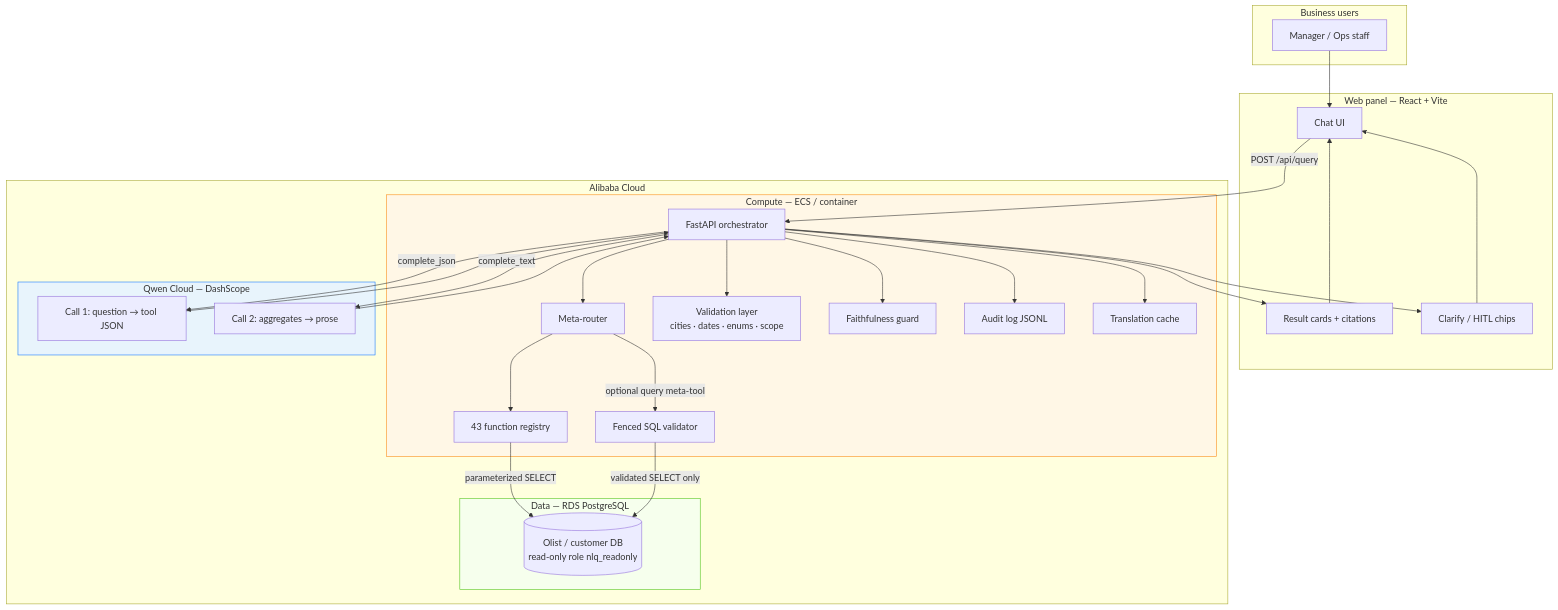
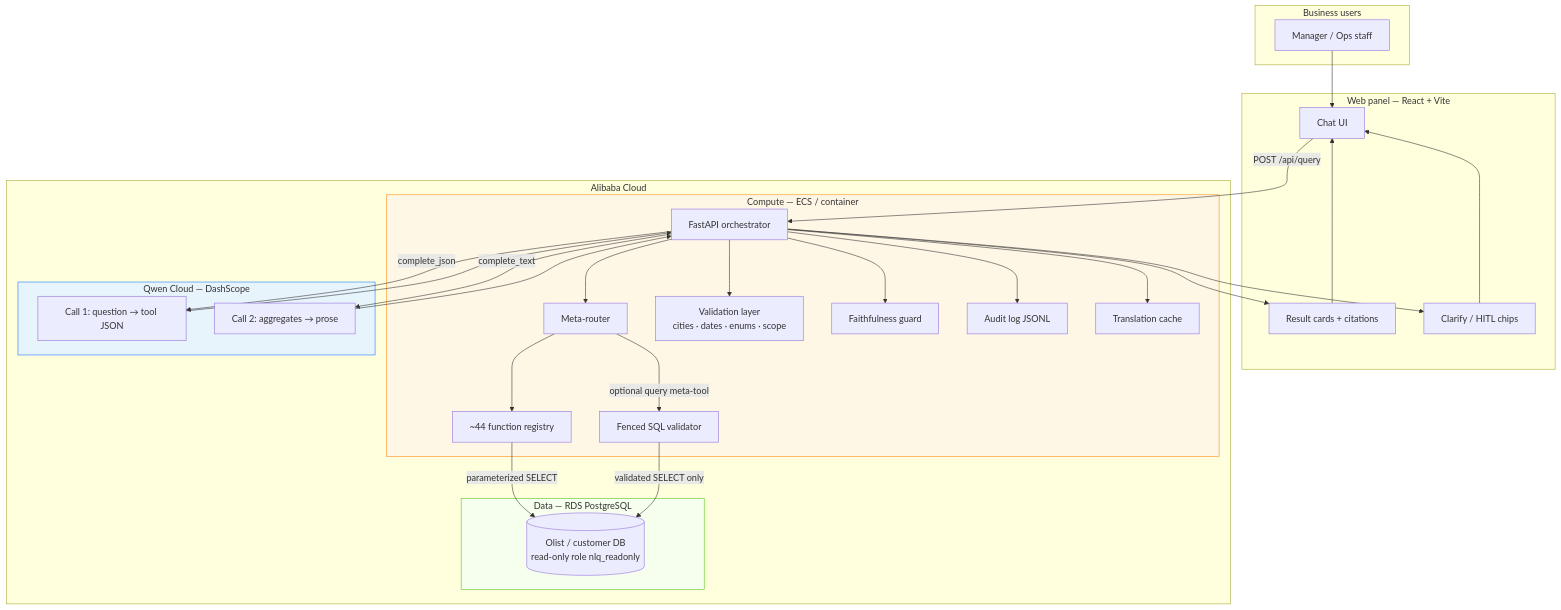
The first of 3 diagrams in HACKATHON.md (farhanmatics/nl-query-layer-olist), drawn with Mermaid before and after one commit. The commit also changed other lines of this file and 2 other files, not shown here.

````diff
--- a/HACKATHON.md
+++ b/HACKATHON.md
@@ -77,58 +101,58 @@
 ```mermaid
 flowchart TB
     subgraph Users["Business users"]
         U[Manager / Ops staff]
     end
 
     subgraph Frontend["Web panel — React + Vite"]
         UI[Chat UI]
         RC[Result cards + citations]
         CL[Clarify / HITL chips]
     end
 
     subgraph AlibabaCloud["Alibaba Cloud"]
         subgraph Compute["Compute — ECS / container"]
             API[FastAPI orchestrator]
             MR[Meta-router]
             VAL[Validation layer<br/>cities · dates · enums · scope]
             FG[Faithfulness guard]
-            REG[43 function registry]
+            REG[~44 function registry]
             SQLF[Fenced SQL validator]
             AUD[Audit log JSONL]
             CACHE[Translation cache]
         end
 
         subgraph Data["Data — RDS PostgreSQL"]
             PG[(Olist / customer DB<br/>read-only role nlq_readonly)]
         end
 
         subgraph QwenCloud["Qwen Cloud — DashScope"]
             Q1[Call 1: question → tool JSON]
             Q2[Call 2: aggregates → prose]
         end
     end
 
     U --> UI
     UI -->|POST /api/query| API
     API --> CACHE
     API --> VAL
     API --> FG
     API --> MR
     MR --> REG
     REG -->|parameterized SELECT| PG
     MR -->|optional query meta-tool| SQLF
     SQLF -->|validated SELECT only| PG
     API -->|complete_json| Q1
     Q1 --> API
     API -->|complete_text| Q2
     Q2 --> API
     API --> AUD
     API --> RC
     API --> CL
     RC --> UI
     CL --> UI
 
     style QwenCloud fill:#e8f4fc,stroke:#1677ff
     style Data fill:#f6ffed,stroke:#52c41a
     style Compute fill:#fff7e6,stroke:#fa8c16
 ```
````
